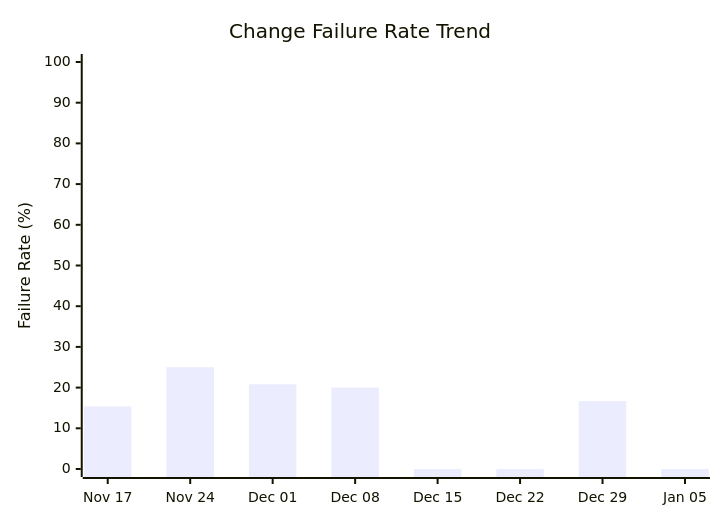
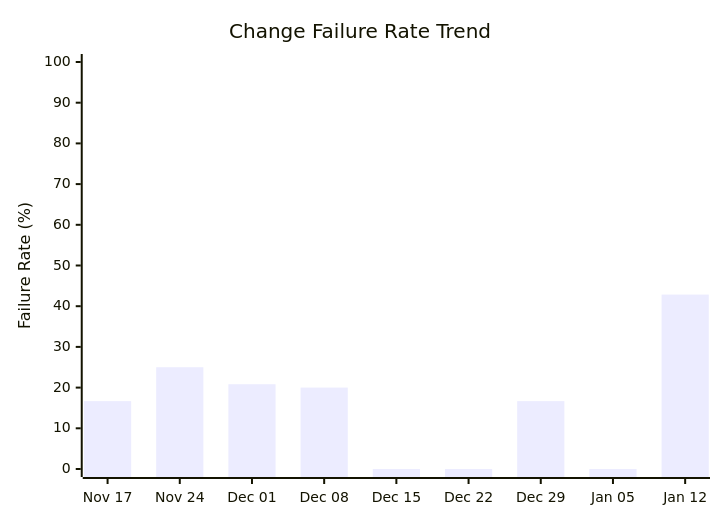
The fourth of 4 diagrams in docs/ci-cd/dora-summary.md (ukma-cs-ssdm-2025/rate-ukma), drawn with Mermaid before and after one commit. The commit also changed other lines of this file, not shown here.

````diff
--- a/docs/ci-cd/dora-summary.md
+++ b/docs/ci-cd/dora-summary.md
@@ -66,7 +64,7 @@
 ```mermaid
 xychart-beta
     title "Change Failure Rate Trend"
-    x-axis ["Nov 17", "Nov 24", "Dec 01", "Dec 08", "Dec 15", "Dec 22", "Dec 29", "Jan 05"]
+    x-axis ["Nov 17", "Nov 24", "Dec 01", "Dec 08", "Dec 15", "Dec 22", "Dec 29", "Jan 05", "Jan 12"]
     y-axis "Failure Rate (%)" 0 --> 100
-    bar [15.38, 25.00, 20.83, 20.00, 0.00, 0.00, 16.67, 0.00]
+    bar [16.67, 25.00, 20.83, 20.00, 0.00, 0.00, 16.67, 0.00, 42.86]
 ```
````
